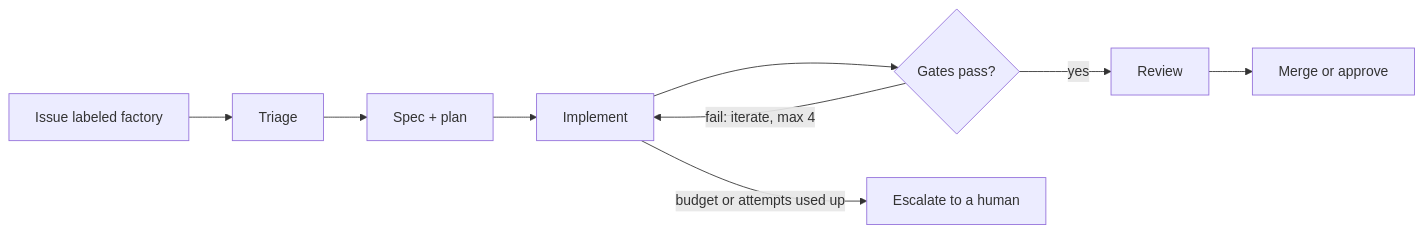
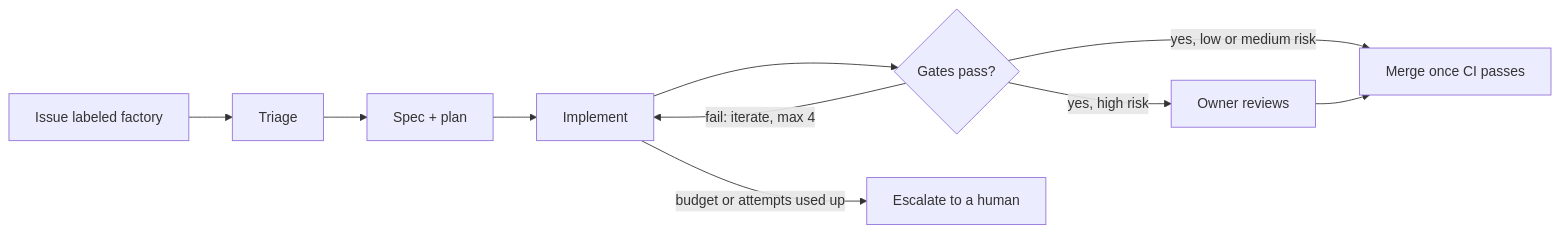
One commit to codyalves/software-factory changed the diagram in README.md. Above: the diagram before and after it, drawn with Mermaid. The commit also changed other lines of this file and 24 other files, not shown here.

````diff
--- a/README.md
+++ b/README.md
@@ -10,7 +10,8 @@
 ```mermaid
 flowchart LR
     I[Issue labeled factory] --> T[Triage] --> P[Spec + plan] --> M[Implement] --> G{Gates pass?}
-    G -- yes --> R[Review] --> MG[Merge or approve]
+    G -- "yes, low or medium risk" --> MG[Merge once CI passes]
+    G -- "yes, high risk" --> R[Owner reviews] --> MG
     G -- "fail: iterate, max 4" --> M
     M -- budget or attempts used up --> E[Escalate to a human]
 ```
````
